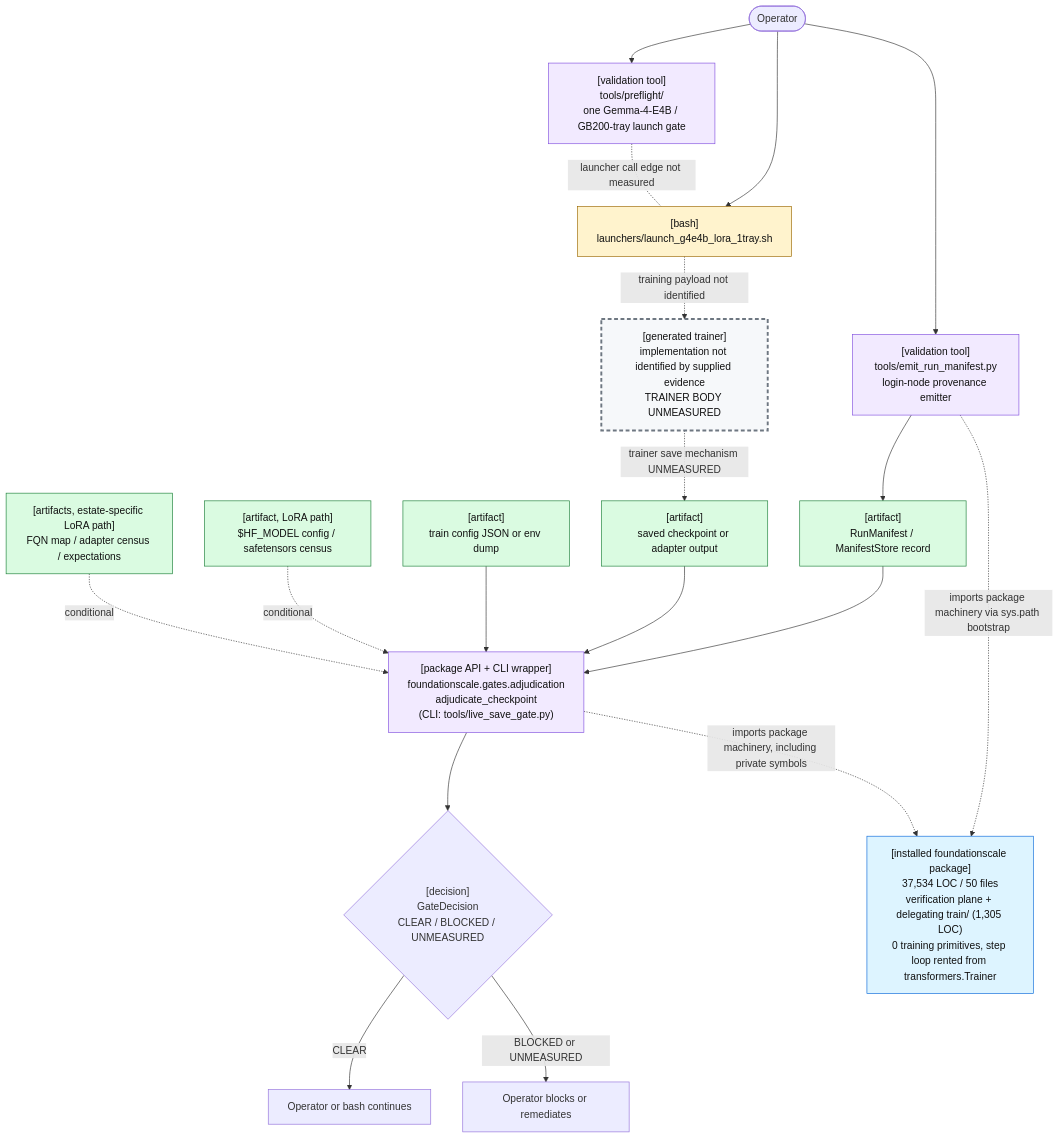
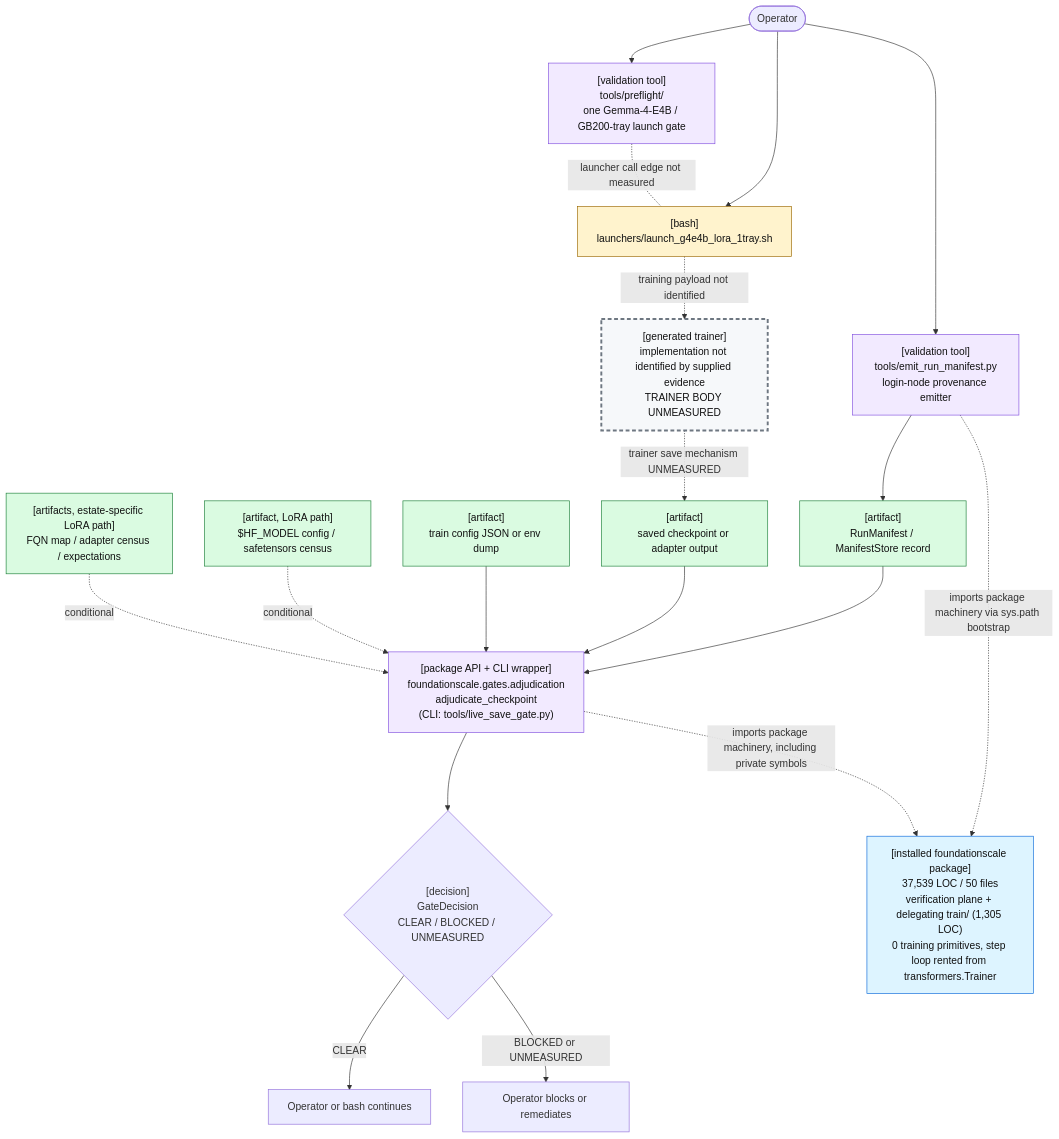
The first of 2 diagrams in docs/review/D2_current_architecture.md (TranNhiem/FoundationScale), drawn with Mermaid before and after one commit. The commit also changed other lines of this file and 23 other files, not shown here.

````diff
--- a/docs/review/D2_current_architecture.md
+++ b/docs/review/D2_current_architecture.md
@@ -25,59 +25,59 @@
 ```mermaid
 flowchart TB
   O(["Operator"])
 
   PF["[validation tool]<br/>tools/preflight/<br/>one Gemma-4-E4B / GB200-tray launch gate"]
   L["[bash]<br/>launchers/launch_g4e4b_lora_1tray.sh"]
 
   E["[validation tool]<br/>tools/emit_run_manifest.py<br/>login-node provenance emitter"]
   M["[artifact]<br/>RunManifest / ManifestStore record"]
 
   T["[generated trainer]<br/>implementation not identified by supplied evidence<br/>TRAINER BODY UNMEASURED"]
   C["[artifact]<br/>saved checkpoint or adapter output"]
 
   G["[package API + CLI wrapper]<br/>foundationscale.gates.adjudication<br/>adjudicate_checkpoint<br/>(CLI: tools/live_save_gate.py)"]
   CFG["[artifact]<br/>train config JSON or env dump"]
   BASE["[artifact, LoRA path]<br/>$HF_MODEL config / safetensors census"]
   CEN["[artifacts, estate-specific LoRA path]<br/>FQN map / adapter census / expectations"]
 
   D{"[decision]<br/>GateDecision<br/>CLEAR / BLOCKED / UNMEASURED"}
   OK["Operator or bash continues"]
   NO["Operator blocks or remediates"]
 
-  PKG["[installed foundationscale package]<br/>37,534 LOC / 50 files<br/>verification plane + delegating train/ (1,305 LOC)<br/>0 training primitives, step loop rented from transformers.Trainer"]
+  PKG["[installed foundationscale package]<br/>37,539 LOC / 50 files<br/>verification plane + delegating train/ (1,305 LOC)<br/>0 training primitives, step loop rented from transformers.Trainer"]
 
   O --> PF
   O --> L
   PF -. "launcher call edge not measured" .- L
 
   O --> E
   E --> M
 
   L -. "training payload not identified" .-> T
   T -. "trainer save mechanism UNMEASURED" .-> C
 
   M --> G
   C --> G
   CFG --> G
   BASE -. "conditional" .-> G
   CEN -. "conditional" .-> G
 
   E -. "imports package machinery via sys.path bootstrap" .-> PKG
   G -. "imports package machinery, including private symbols" .-> PKG
 
   G --> D
   D -->|"CLEAR"| OK
   D -->|"BLOCKED or UNMEASURED"| NO
 
   classDef bash fill:#fff3cd,stroke:#9a6700,color:#111;
   classDef tool fill:#f2eaff,stroke:#8250df,color:#111;
   classDef artifact fill:#dafbe1,stroke:#1a7f37,color:#111;
   classDef gap fill:#f6f8fa,stroke:#6e7781,stroke-width:3px,stroke-dasharray: 6 4,color:#111;
   classDef pkg fill:#ddf4ff,stroke:#0969da,color:#111;
 
   class L bash;
   class PF,E,G tool;
   class M,C,CFG,BASE,CEN artifact;
   class T gap;
   class PKG pkg;
 ```
````
